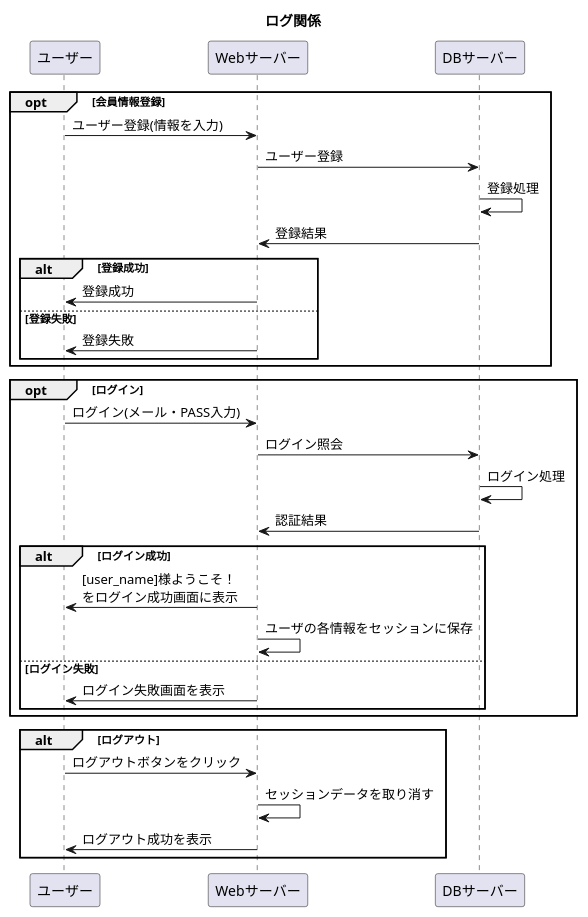
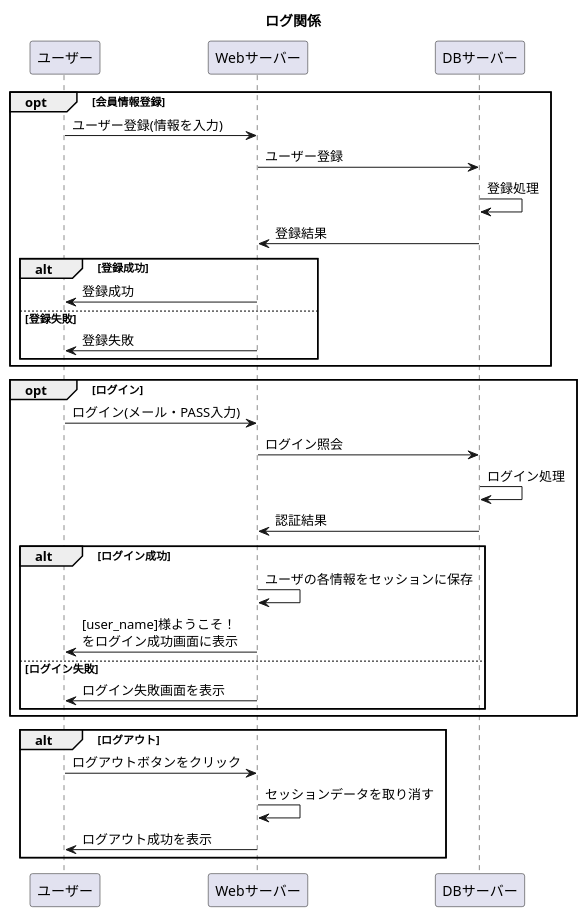
Before and after one commit to Aso2001227/Aso-Sports-1: the diagram in 設計書/02_業務フロー/Log-flow.md, drawn with PlantUML.

````diff
--- a/設計書/02_業務フロー/Log-flow.md
+++ b/設計書/02_業務フロー/Log-flow.md
@@ -1,34 +1,34 @@
 ```uml
 @startuml
 title: ログ関係
 opt 会員情報登録
   ユーザー -> Webサーバー : ユーザー登録(情報を入力)
   Webサーバー -> DBサーバー : ユーザー登録
   DBサーバー -> DBサーバー : 登録処理
   DBサーバー -> Webサーバー : 登録結果
   alt 登録成功
     Webサーバー -> ユーザー : 登録成功
     else 登録失敗
     Webサーバー -> ユーザー : 登録失敗
   end
 end
   opt ログイン
       ユーザー -> Webサーバー : ログイン(メール・PASS入力)
       Webサーバー -> DBサーバー : ログイン照会
       DBサーバー -> DBサーバー : ログイン処理
       DBサーバー -> Webサーバー : 認証結果
       alt ログイン成功
+      Webサーバー -> Webサーバー : ユーザの各情報をセッションに保存
         Webサーバー -> ユーザー : [user_name]様ようこそ！\nをログイン成功画面に表示
-        Webサーバー -> Webサーバー : ユーザの各情報をセッションに保存
        else ログイン失敗
         Webサーバー -> ユーザー : ログイン失敗画面を表示
       end
  end
       
     alt ログアウト
       ユーザー ->Webサーバー :ログアウトボタンをクリック
       Webサーバー -> Webサーバー :セッションデータを取り消す
       Webサーバー -> ユーザー :ログアウト成功を表示 
      end
 @enduml
 ```
````
